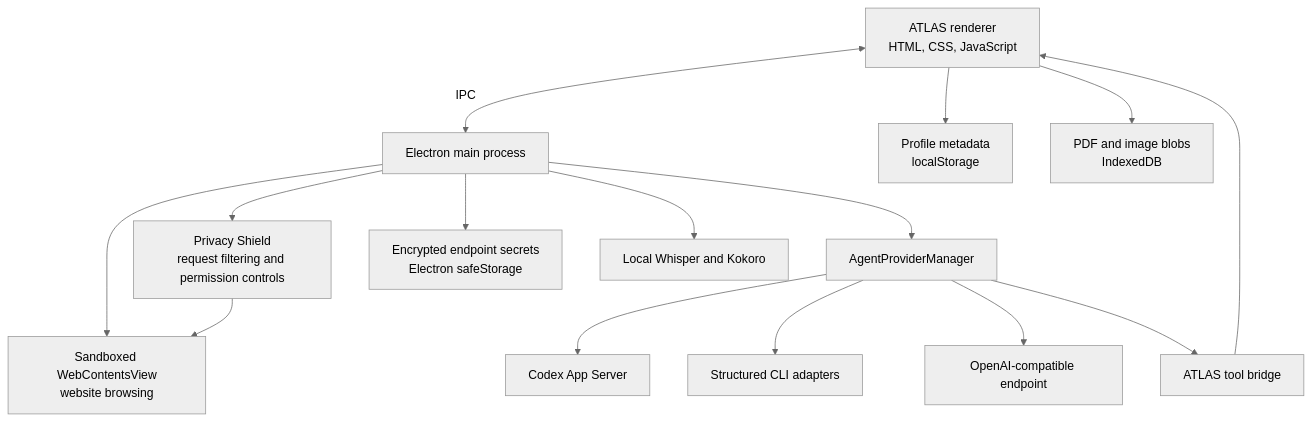
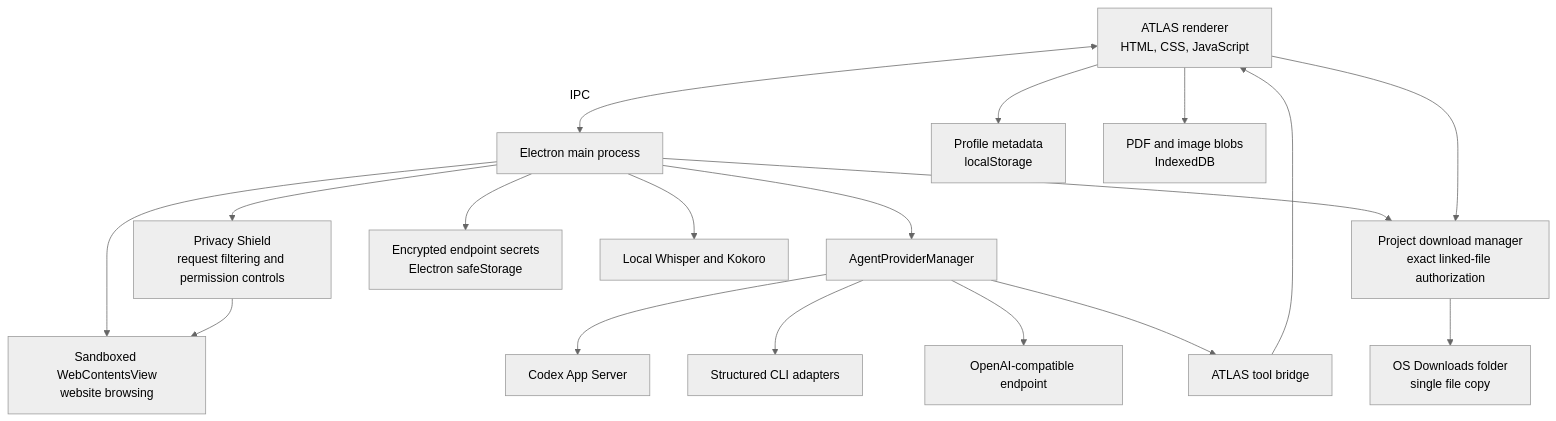
The second of 2 diagrams in README.md (SketchOTP/ATLAS-Browser), drawn with Mermaid (neutral theme) before and after one commit. The commit also changed other lines of this file and 8 other files, not shown here.

Commit message:
Secure project-linked downloads and document ATLAS

````diff
--- a/README.md
+++ b/README.md
@@ -263,17 +273,20 @@
 ```mermaid
 flowchart TB
     UI[ATLAS renderer\nHTML, CSS, JavaScript] <-- IPC --> Main[Electron main process]
     Main --> Site[Sandboxed WebContentsView\nwebsite browsing]
     Main --> Privacy[Privacy Shield\nrequest filtering and permission controls]
     Privacy --> Site
     Main --> Provider[AgentProviderManager]
     Provider --> Codex[Codex App Server]
     Provider --> CLIs[Structured CLI adapters]
     Provider --> API[OpenAI-compatible endpoint]
     Provider --> Tools[ATLAS tool bridge]
     Tools --> UI
     UI --> LS[Profile metadata\nlocalStorage]
     UI --> IDB[PDF and image blobs\nIndexedDB]
     Main --> Secret[Encrypted endpoint secrets\nElectron safeStorage]
     Main --> Voice[Local Whisper and Kokoro]
+    Main --> Downloads[Project download manager\nexact linked-file authorization]
+    Downloads --> OSDownloads[OS Downloads folder\nsingle file copy]
+    UI --> Downloads
 ```
````
